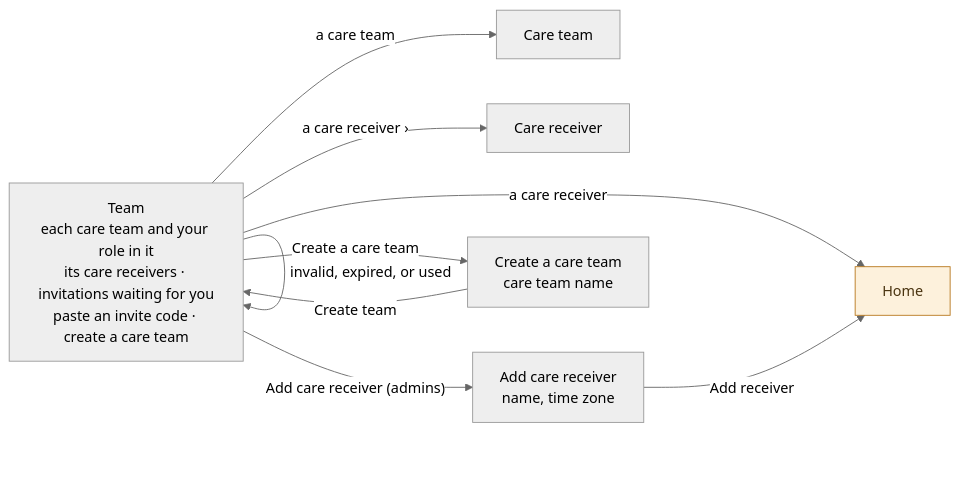
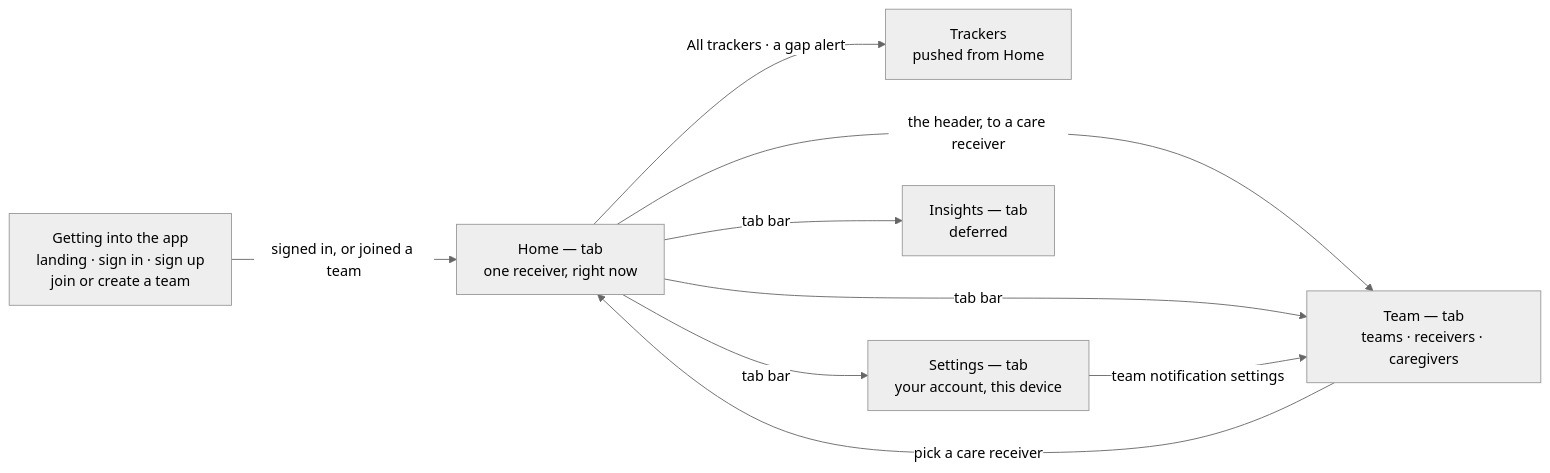
One commit to care-giver-app/caregiver-v2 changed the diagram in docs/PRD.md. Above: the diagram before and after it, drawn with Mermaid (neutral theme). The commit also changed other lines of this file and 5 other files, not shown here.

````diff
--- a/docs/PRD.md
+++ b/docs/PRD.md
@@ -816,22 +425,18 @@
 ```mermaid
 flowchart LR
-    Team["Team<br/>each care team and your role in it<br/>its care receivers · invitations waiting for you<br/>paste an invite code · create a care team"]
-    CareTeam["Care team"]
-    Receiver["Care receiver"]
-    AddReceiver["Add care receiver<br/>name, time zone"]
-    NewTeam["Create a care team<br/>care team name"]
-    Home["Home"]
+    GettingIn["Getting into the app<br/>landing · sign in · sign up<br/>join or create a team"]
+    Home["Home — tab<br/>one receiver, right now"]
+    Trackers["Trackers<br/>pushed from Home"]
+    Team["Team — tab<br/>teams · receivers · caregivers"]
+    Settings["Settings — tab<br/>your account, this device"]
+    Insights["Insights — tab<br/>deferred"]
 
-    Team -- "a care receiver" --> Home
-    Team -- "a care receiver ›" --> Receiver
-    Team -- "a care team" --> CareTeam
-    Team -- "Add care receiver (admins)" --> AddReceiver
-    AddReceiver -- "Add receiver" --> Home
-    Team -- "Create a care team" --> NewTeam
-    NewTeam -- "Create team" --> Team
-    Team -- "Accept, or paste a code" --> Team
-    Team -- "invalid, expired, or used" --> Team
-
-    classDef handoff fill:#FDF1DC,stroke:#B8791F,color:#4A3410
-    class Home handoff
+    GettingIn -- "signed in, or joined a team" --> Home
+    Home -- "All trackers · a gap alert" --> Trackers
+    Home -- "the header, to a care receiver" --> Team
+    Home -- "tab bar" --> Team
+    Home -- "tab bar" --> Settings
+    Home -- "tab bar" --> Insights
+    Team -- "pick a care receiver" --> Home
+    Settings -- "team notification settings" --> Team
 ```
````
